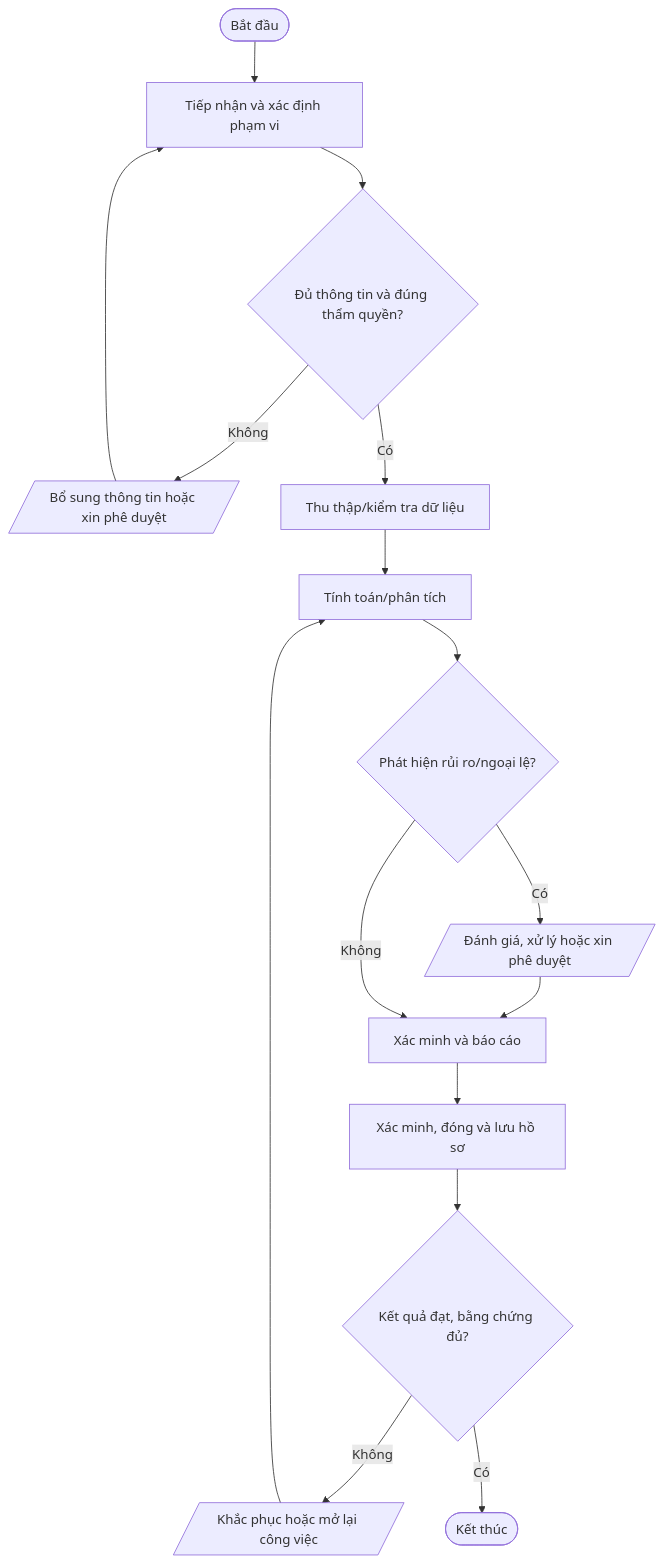
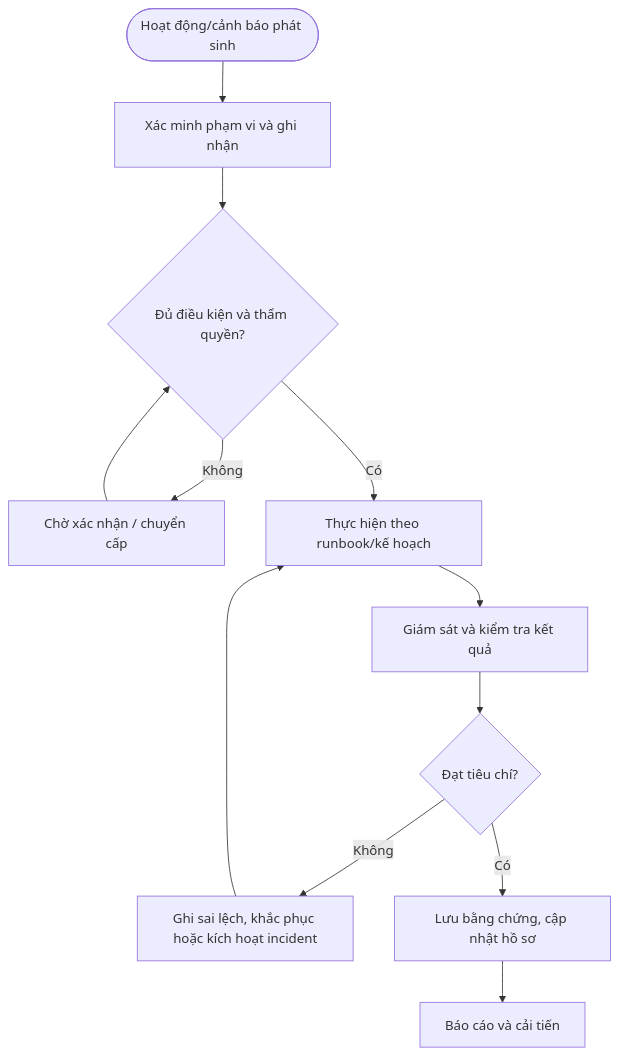
One commit to daoaigiangnam/Quy_Trinh_Chuan changed the diagram in quy-trinh/chi-tiet/QT-IT-16.md. Above: the diagram before and after it, drawn with Mermaid. The commit also changed other lines of this file, not shown here.

Commit message:
Cập nhật nội dung chi tiết QT-IT-16.md lên main

````diff
--- a/quy-trinh/chi-tiet/QT-IT-16.md
+++ b/quy-trinh/chi-tiet/QT-IT-16.md
@@ -31,18 +130,14 @@
 ```mermaid
 flowchart TD
-  A([Bắt đầu]) --> S1["Tiếp nhận và xác định phạm vi"]
-  S1 --> D1{"Đủ thông tin và đúng thẩm quyền?"}
-  D1 -- Không --> F1[/"Bổ sung thông tin hoặc xin phê duyệt"/]
-  F1 --> S1
-  D1 -- Có --> S2["Thu thập/kiểm tra dữ liệu"]
-  S2 --> S3["Tính toán/phân tích"]
-  S3 --> D2{"Phát hiện rủi ro/ngoại lệ?"}
-  D2 -- Có --> RISK[/"Đánh giá, xử lý hoặc xin phê duyệt"/]
-  RISK --> S4["Xác minh và báo cáo"]
-  D2 -- Không --> S4
-  S4 --> S5["Xác minh, đóng và lưu hồ sơ"]
-  S5 --> D3{"Kết quả đạt, bằng chứng đủ?"}
-  D3 -- Không --> R[/"Khắc phục hoặc mở lại công việc"/]
-  R --> S3
-  D3 -- Có --> Z([Kết thúc])
+ A([Hoạt động/cảnh báo phát sinh]) --> B[Xác minh phạm vi và ghi nhận]
+ B --> C{Đủ điều kiện và thẩm quyền?}
+ C -- Không --> D[Chờ xác nhận / chuyển cấp]
+ D --> C
+ C -- Có --> E[Thực hiện theo runbook/kế hoạch]
+ E --> F[Giám sát và kiểm tra kết quả]
+ F --> G{Đạt tiêu chí?}
+ G -- Không --> H[Ghi sai lệch, khắc phục hoặc kích hoạt incident]
+ H --> E
+ G -- Có --> I[Lưu bằng chứng, cập nhật hồ sơ]
+ I --> J[Báo cáo và cải tiến]
 ```
````
